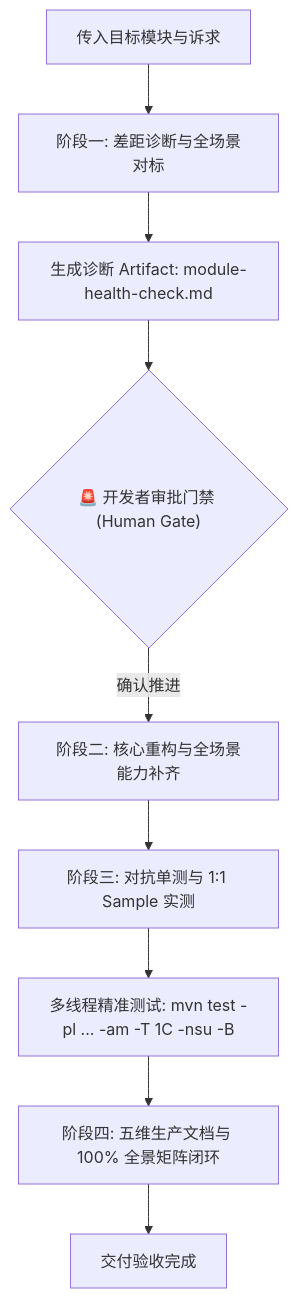
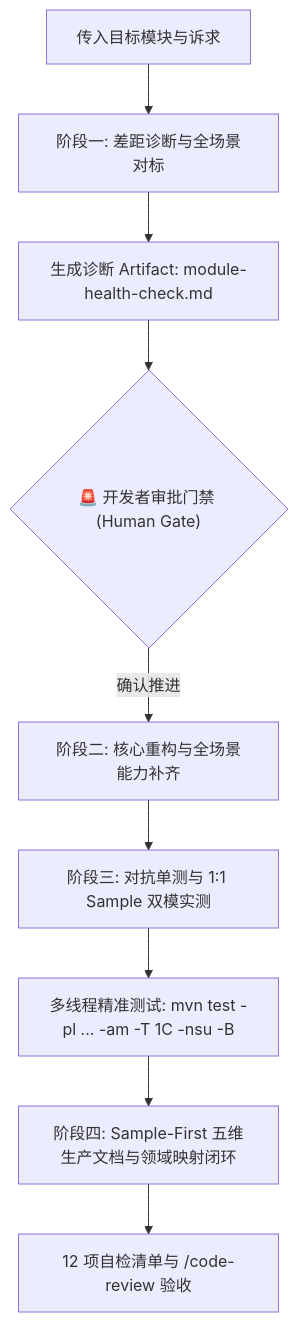
One commit to atengk/ateng-boot changed the diagram in docs/agents/module-hardening-and-expansion.md. Above: the diagram before and after it, drawn with Mermaid. The commit also changed other lines of this file and 9 other files, not shown here.

````diff
--- a/docs/agents/module-hardening-and-expansion.md
+++ b/docs/agents/module-hardening-and-expansion.md
@@ -50,11 +25,11 @@
 ```mermaid
 flowchart TD
     A["传入目标模块与诉求"] --> B["阶段一: 差距诊断与全场景对标"]
     B --> C["生成诊断 Artifact: module-health-check.md"]
     C --> D{"🚨 开发者审批门禁 (Human Gate)"}
     D -- "确认推进" --> E["阶段二: 核心重构与全场景能力补齐"]
-    E --> F["阶段三: 对抗单测与 1:1 Sample 实测"]
+    E --> F["阶段三: 对抗单测与 1:1 Sample 双模实测"]
     F --> G["多线程精准测试: mvn test -pl ... -am -T 1C -nsu -B"]
-    G --> H["阶段四: 五维生产文档与 100% 全景矩阵闭环"]
-    H --> I["交付验收完成"]
+    G --> H["阶段四: Sample-First 五维生产文档与领域映射闭环"]
+    H --> I["12 项自检清单与 /code-review 验收"]
 ```
````
